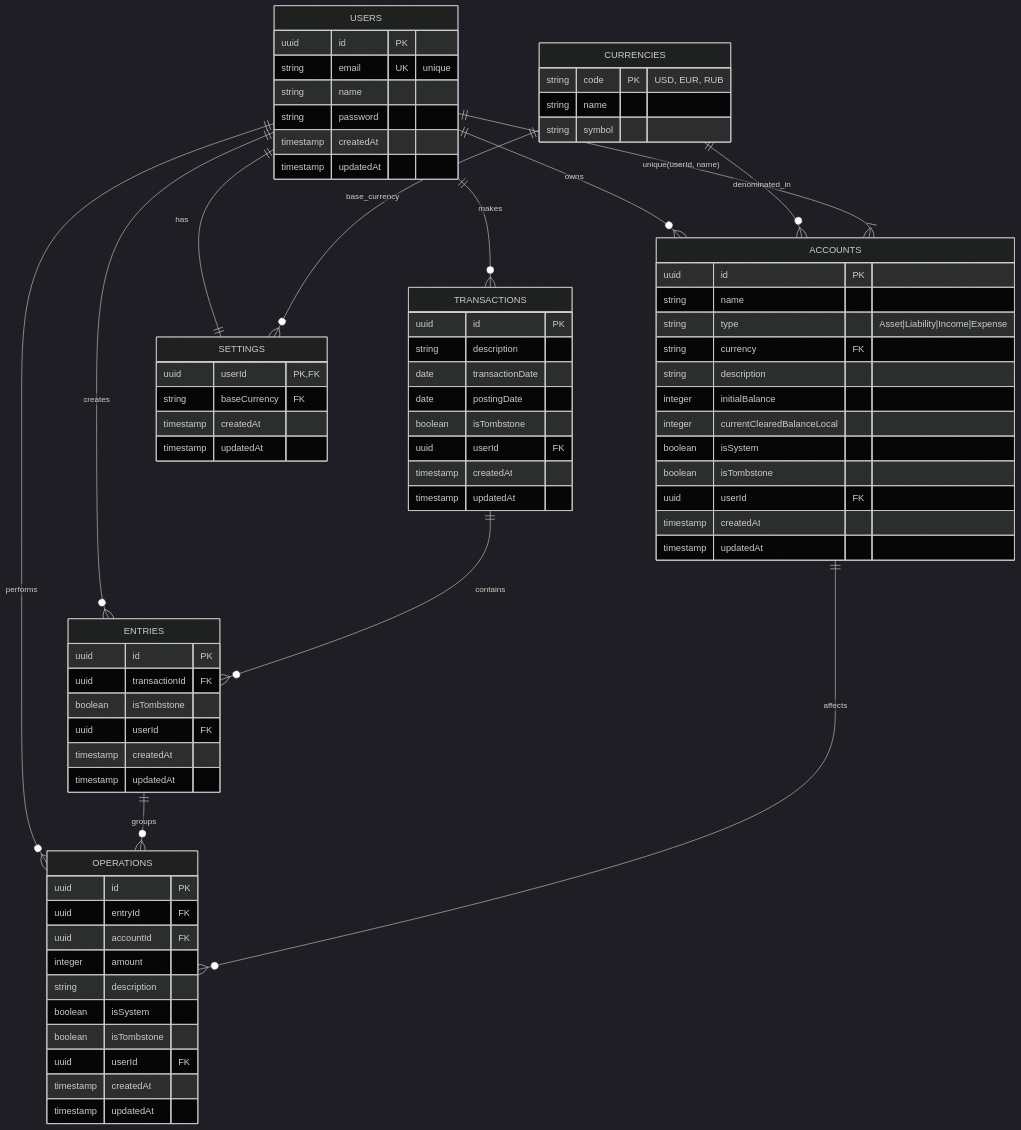
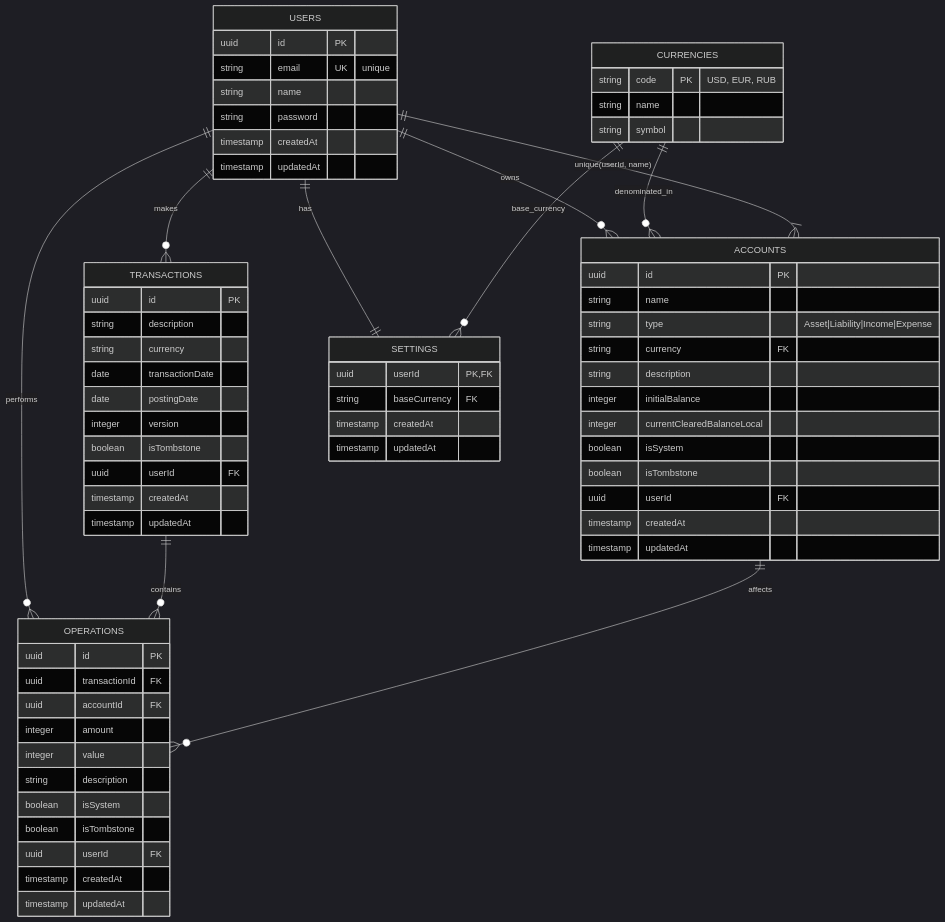
One commit to gorushkin/ledgerly changed the diagram in docs/DATABASE_SCHEMA.md. Above: the diagram before and after it, drawn with Mermaid (dark theme). The commit also changed other lines of this file and 7 other files, not shown here.

Commit message:
refactor: remove Entry entity and update transaction model to directly associate operations, enhancing balance validation and simplifying schema

```diff
--- a/docs/DATABASE_SCHEMA.md
+++ b/docs/DATABASE_SCHEMA.md
@@ -48,17 +48,10 @@
     TRANSACTIONS {
         uuid id PK
         string description
+        string currency
         date transactionDate
         date postingDate
-        boolean isTombstone
-        uuid userId FK
-        timestamp createdAt
-        timestamp updatedAt
-    }
-    
-    ENTRIES {
-        uuid id PK
-        uuid transactionId FK
+        integer version
         boolean isTombstone
         uuid userId FK
         timestamp createdAt
@@ -67,9 +60,10 @@
     
     OPERATIONS {
         uuid id PK
-        uuid entryId FK
+        uuid transactionId FK
         uuid accountId FK
         integer amount
+        integer value
         string description
         boolean isSystem
         boolean isTombstone
@@ -88,15 +82,13 @@
     %% Main relations
     USERS ||--o{ ACCOUNTS : "owns"
     USERS ||--o{ TRANSACTIONS : "makes"
-    USERS ||--o{ ENTRIES : "creates"
     USERS ||--o{ OPERATIONS : "performs"
     USERS ||--|| SETTINGS : "has"
     
     CURRENCIES ||--o{ ACCOUNTS : "denominated_in"
     CURRENCIES ||--o{ SETTINGS : "base_currency"
     
-    TRANSACTIONS ||--o{ ENTRIES : "contains"
-    ENTRIES ||--o{ OPERATIONS : "groups"
+    TRANSACTIONS ||--o{ OPERATIONS : "contains"
     ACCOUNTS ||--o{ OPERATIONS : "affects"
     
     %% Unique constraints
```
